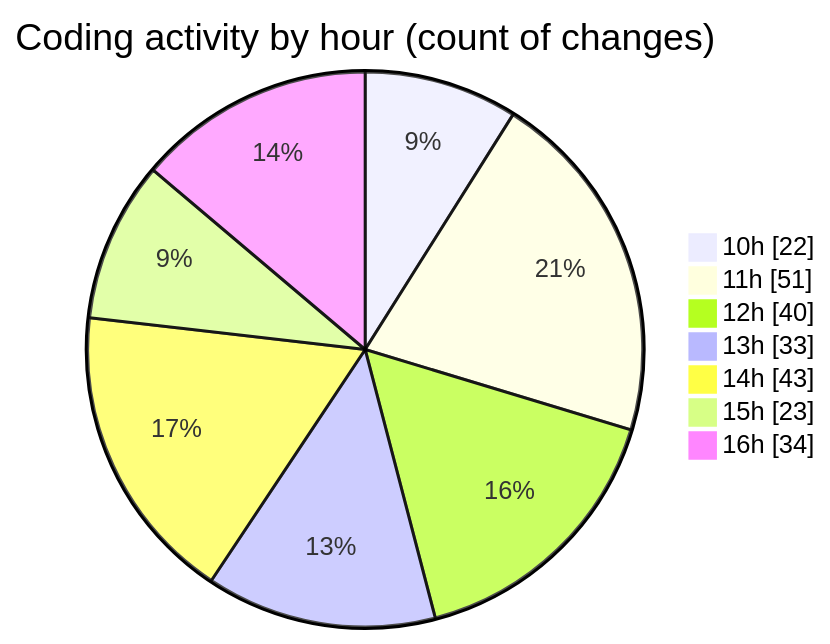
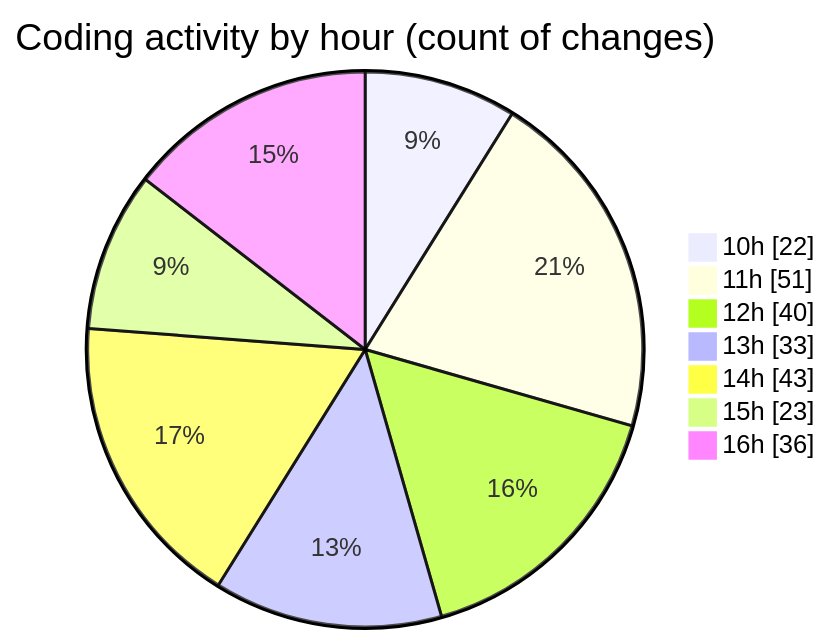
Before and after one commit to momahboobian/code-tracking: the second of 2 diagrams in 2025-04-29/cda/README.md, drawn with Mermaid. The commit also changed other lines of this file and 1 other file, not shown here.

````diff
--- a/2025-04-29/cda/README.md
+++ b/2025-04-29/cda/README.md
@@ -55,11 +55,11 @@
 ```mermaid
 pie showData
 title Coding activity by hour (count of changes)
 "10h" : 22
 "11h" : 51
 "12h" : 40
 "13h" : 33
 "14h" : 43
 "15h" : 23
-"16h" : 34
+"16h" : 36
 ```
````
